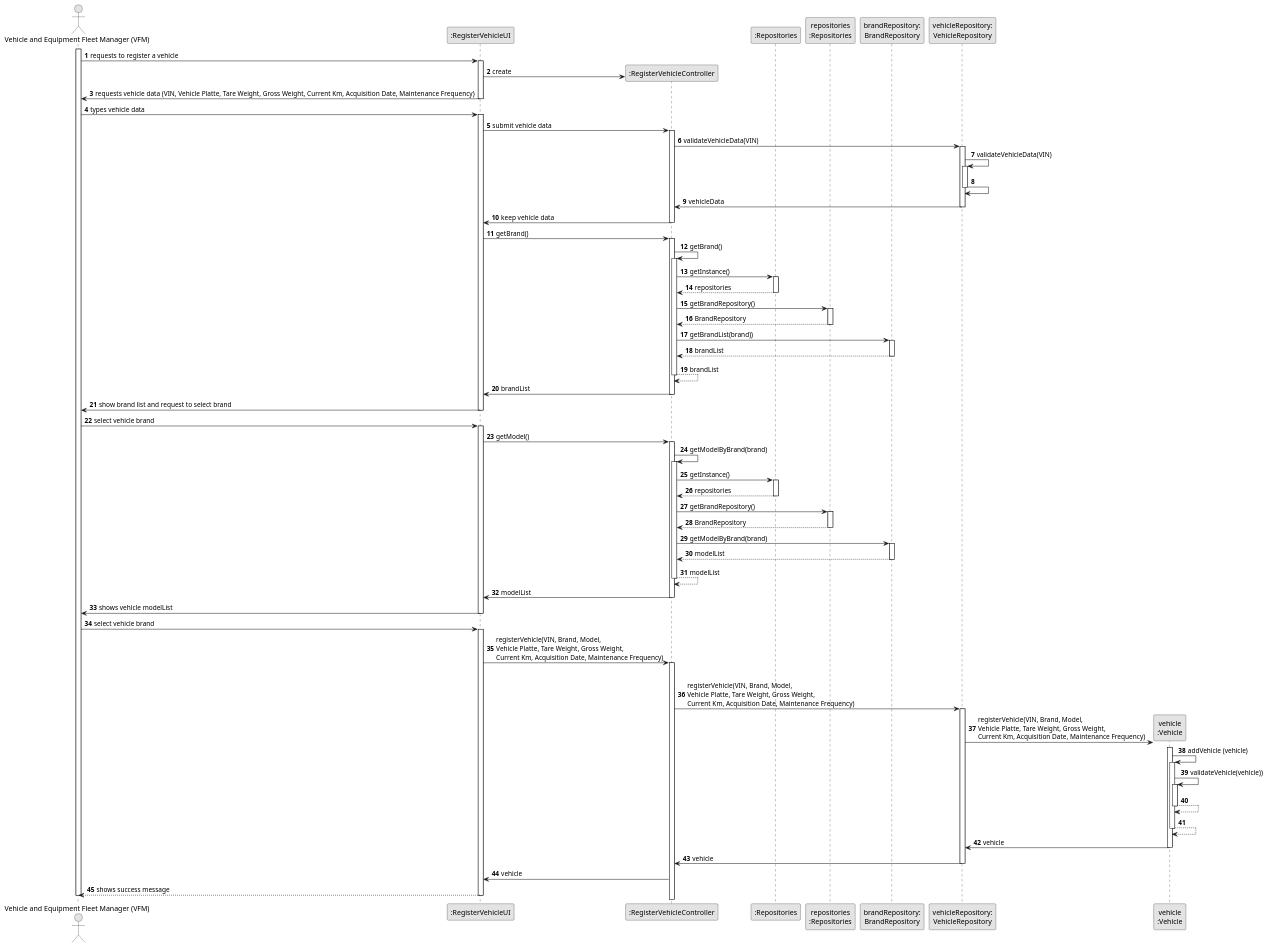
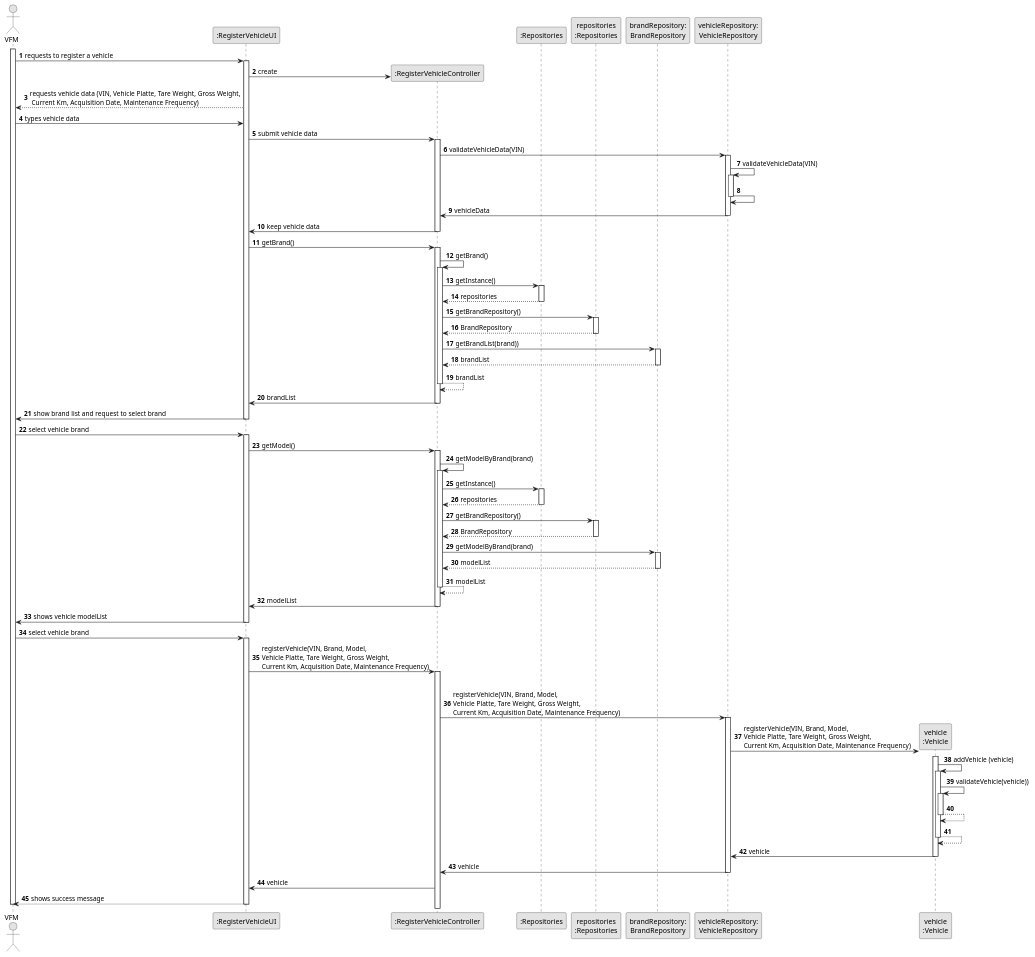
Before and after one commit to ricardomm7/leaflink: the diagram in docs/sprintB/us006/03.design/puml/us006-sequence-diagram-full.puml, drawn with PlantUML. The commit also changed 70 other files, not shown here.

```diff
--- a/docs/sprintB/us006/03.design/puml/us006-sequence-diagram-full.puml
+++ b/docs/sprintB/us006/03.design/puml/us006-sequence-diagram-full.puml
@@ -1,162 +1,160 @@
 @startuml
 skinparam monochrome true
 skinparam packageStyle rectangle
 skinparam shadowing false
 
 
 autonumber
 
 'hide footbox
-actor "Vehicle and Equipment Fleet Manager (VFM)" as VFM
+actor "VFM" as VFM
 participant ":RegisterVehicleUI" as UI
 participant ":RegisterVehicleController" as CTRL
 participant ":Repositories" as RepositorySingleton
 participant "repositories\n:Repositories" as PLAT
 participant "brandRepository:\nBrandRepository" as BrandRepository
 participant "vehicleRepository:\nVehicleRepository" as VehicleRepository
 participant "vehicle\n:Vehicle" as VEI
 
 activate VFM
 
     VFM -> UI : requests to register a vehicle
     activate UI
 
         UI -> CTRL** : create
 
-        UI -> VFM : requests vehicle data (VIN, Vehicle Platte, Tare Weight, Gross Weight, Current Km, Acquisition Date, Maintenance Frequency)
-    deactivate UI
+        UI --> VFM : requests vehicle data (VIN, Vehicle Platte, Tare Weight, Gross Weight,\n Current Km, Acquisition Date, Maintenance Frequency)
 
     VFM -> UI : types vehicle data
-    activate UI
 
         UI -> CTRL : submit vehicle data
         activate CTRL
 
             CTRL -> VehicleRepository : validateVehicleData(VIN)
             activate VehicleRepository
 
             VehicleRepository -> VehicleRepository: validateVehicleData(VIN)
             activate VehicleRepository
 
             VehicleRepository -> VehicleRepository
             deactivate VehicleRepository
 
 
 
             VehicleRepository -> CTRL : vehicleData
             deactivate VehicleRepository
 
         CTRL -> UI : keep vehicle data
         deactivate CTRL
 
         UI -> CTRL : getBrand()
         activate CTRL
 
             CTRL -> CTRL : getBrand()
             activate CTRL
 
                 CTRL -> RepositorySingleton : getInstance()
                 activate RepositorySingleton
 
                 RepositorySingleton --> CTRL: repositories
                 deactivate RepositorySingleton
 
                 CTRL -> PLAT : getBrandRepository()
                 activate PLAT
 
                 PLAT --> CTRL : BrandRepository
                 deactivate PLAT
 
                 CTRL -> BrandRepository : getBrandList(brand))
                 activate BrandRepository
 
                 BrandRepository --> CTRL : brandList
                 deactivate BrandRepository
 
                 CTRL --> CTRL : brandList
                 deactivate CTRL
 
             CTRL -> UI: brandList
             deactivate CTRL
 
 
 
     UI -> VFM : show brand list and request to select brand
     deactivate UI
 
     VFM -> UI : select vehicle brand
     activate UI
 
     UI -> CTRL : getModel()
     activate CTRL
 
         CTRL -> CTRL : getModelByBrand(brand)
                     activate CTRL
 
                         CTRL -> RepositorySingleton : getInstance()
                         activate RepositorySingleton
 
                         RepositorySingleton --> CTRL: repositories
                         deactivate RepositorySingleton
 
                         CTRL -> PLAT : getBrandRepository()
                         activate PLAT
 
                         PLAT --> CTRL : BrandRepository
                         deactivate PLAT
 
                         CTRL -> BrandRepository : getModelByBrand(brand)
                         activate BrandRepository
 
                         BrandRepository --> CTRL : modelList
                         deactivate BrandRepository
 
                     CTRL --> CTRL : modelList
                     deactivate CTRL
 
         CTRL -> UI: modelList
         deactivate CTRL
 
 
         UI -> VFM : shows vehicle modelList
     deactivate UI
 
     VFM -> UI : select vehicle brand
     activate UI
 
         UI -> CTRL : registerVehicle(VIN, Brand, Model, \nVehicle Platte, Tare Weight, Gross Weight, \nCurrent Km, Acquisition Date, Maintenance Frequency)
         activate CTRL
 
             |||
             CTRL -> VehicleRepository : registerVehicle(VIN, Brand, Model, \nVehicle Platte, Tare Weight, Gross Weight, \nCurrent Km, Acquisition Date, Maintenance Frequency)
             activate VehicleRepository
 
                 VehicleRepository -> VEI **: registerVehicle(VIN, Brand, Model, \nVehicle Platte, Tare Weight, Gross Weight, \nCurrent Km, Acquisition Date, Maintenance Frequency)
                 activate VEI
 
                     VEI -> VEI: addVehicle (vehicle)
                     activate VEI
 
                     VEI -> VEI: validateVehicle(vehicle))
                     activate VEI
 
                     VEI --> VEI
                     deactivate VEI
 
                     VEI --> VEI
                     deactivate VEI
 
                 VEI -> VehicleRepository: vehicle
                 deactivate VEI
 
             VehicleRepository -> CTRL: vehicle
             deactivate VehicleRepository
 
             CTRL -> UI: vehicle
 
         UI --> VFM : shows success message
     deactivate UI
 
 deactivate VFM
 
 @enduml
```
